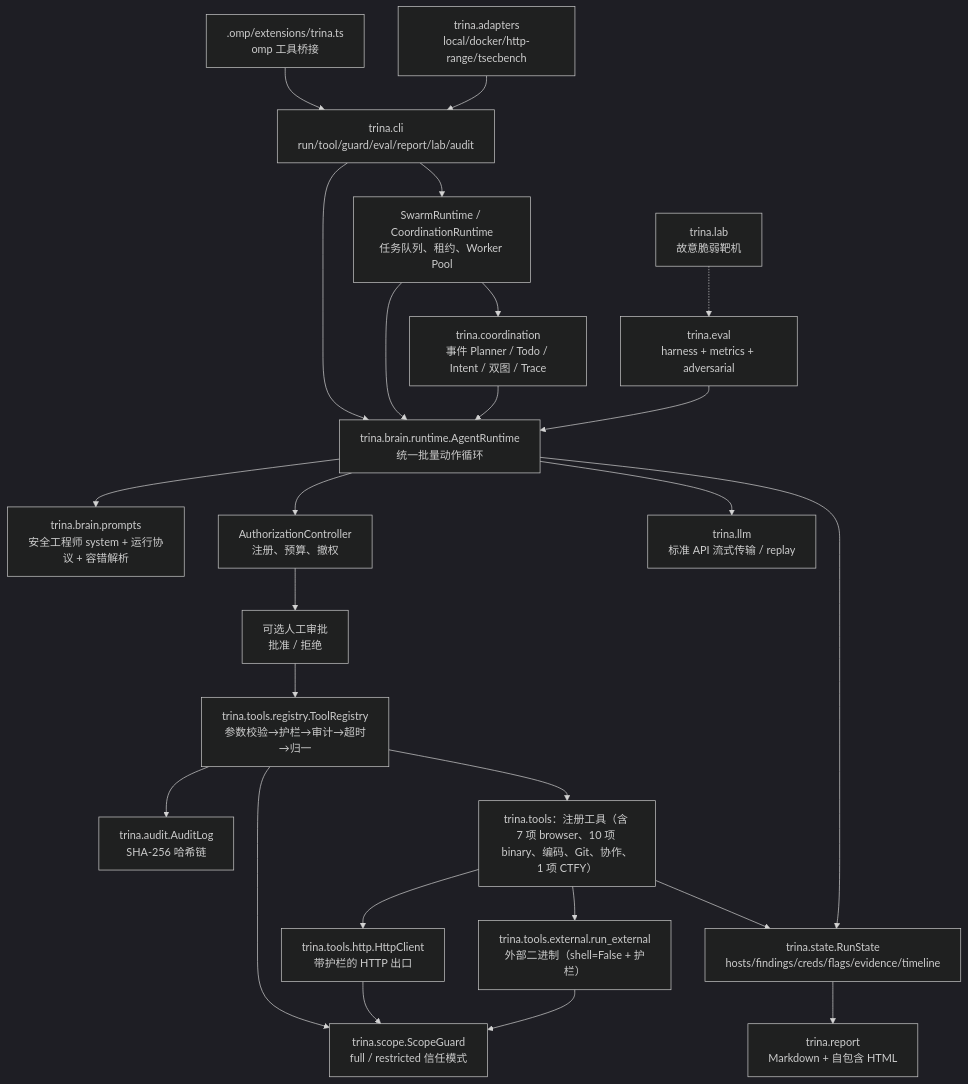
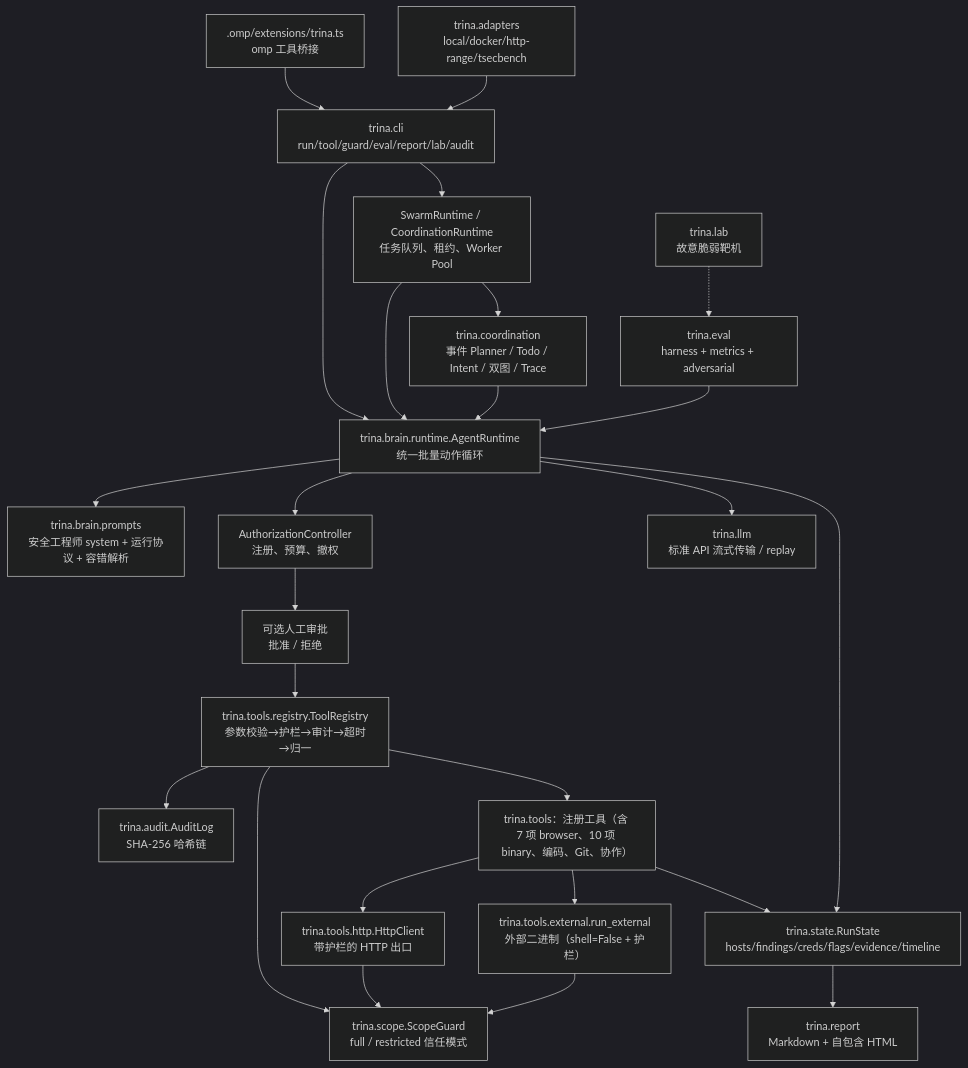
Before and after one commit to YHalo-wyh/Trina: the diagram in docs/ARCHITECTURE.md, drawn with Mermaid (dark theme). The commit also changed other lines of this file and 36 other files, not shown here.

````diff
--- a/docs/ARCHITECTURE.md
+++ b/docs/ARCHITECTURE.md
@@ -13,42 +13,42 @@
 ```mermaid
 flowchart TB
     CLI["trina.cli<br/>run/tool/guard/eval/report/lab/audit"]
     OMPEXT[".omp/extensions/trina.ts<br/>omp 工具桥接"]
     AGENT["trina.brain.runtime.AgentRuntime<br/>统一批量动作循环"]
     SCHED["SwarmRuntime / CoordinationRuntime<br/>任务队列、租约、Worker Pool"]
     PROMPTS["trina.brain.prompts<br/>安全工程师 system + 运行协议 + 容错解析"]
     POLICY["AuthorizationController<br/>注册、预算、撤权"]
     APPROVAL["可选人工审批<br/>批准 / 拒绝"]
     REG["trina.tools.registry.ToolRegistry<br/>参数校验→护栏→审计→超时→归一"]
     GUARD["trina.scope.ScopeGuard<br/>full / restricted 信任模式"]
     AUDIT["trina.audit.AuditLog<br/>SHA-256 哈希链"]
     STATE["trina.state.RunState<br/>hosts/findings/creds/flags/evidence/timeline"]
     COORD["trina.coordination<br/>事件 Planner / Todo / Intent / 双图 / Trace"]
-    TOOLS["trina.tools：注册工具（含 7 项 browser、10 项 binary、编码、Git、协作、1 项 CTFY）"]
+    TOOLS["trina.tools：注册工具（含 7 项 browser、10 项 binary、编码、Git、协作）"]
     HTTP["trina.tools.http.HttpClient<br/>带护栏的 HTTP 出口"]
     EXT["trina.tools.external.run_external<br/>外部二进制（shell=False + 护栏）"]
     LLM["trina.llm<br/>标准 API 流式传输 / replay"]
     ADAPT["trina.adapters<br/>local/docker/http-range/tsecbench"]
     EVAL["trina.eval<br/>harness + metrics + adversarial"]
     LAB["trina.lab<br/>故意脆弱靶机"]
     REPORT["trina.report<br/>Markdown + 自包含 HTML"]
 
     CLI --> AGENT
     CLI --> SCHED --> COORD
     OMPEXT --> CLI
     SCHED --> AGENT --> PROMPTS
     AGENT --> LLM
     COORD --> AGENT
     AGENT --> POLICY --> APPROVAL --> REG
     REG --> GUARD
     REG --> AUDIT
     REG --> TOOLS
     TOOLS --> HTTP --> GUARD
     TOOLS --> EXT --> GUARD
     TOOLS --> STATE
     AGENT --> STATE
     STATE --> REPORT
     ADAPT --> CLI
     EVAL --> AGENT
     LAB -.-> EVAL
 ```
````
